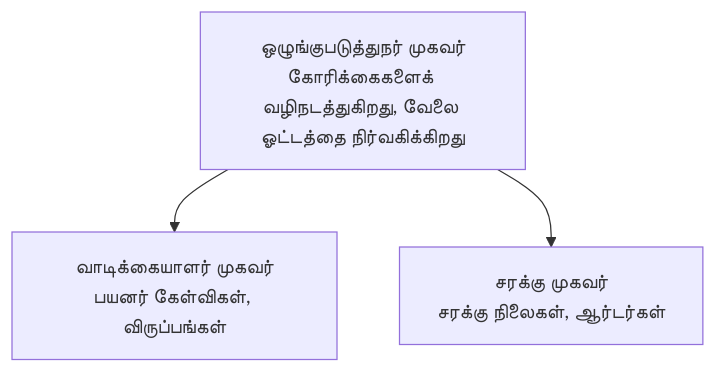
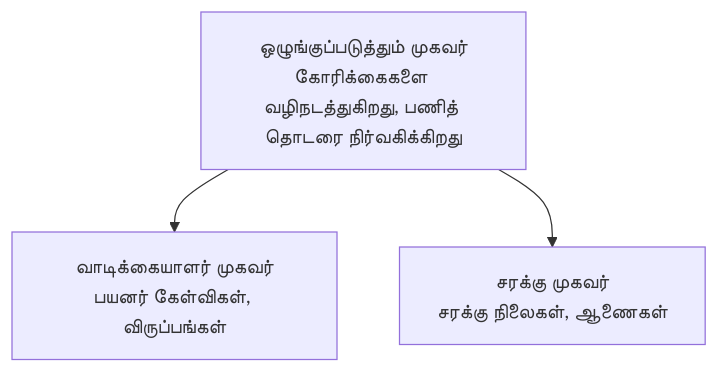
The diagram in translations/ta/docs/chapter-05-multi-agent/README.md (microsoft/AZD-for-beginners), drawn with Mermaid before and after one commit. The commit also changed other lines of this file and 104 other files, not shown here.

````diff
--- a/translations/ta/docs/chapter-05-multi-agent/README.md
+++ b/translations/ta/docs/chapter-05-multi-agent/README.md
@@ -52,5 +54,5 @@
 ```mermaid
 graph TD
-    Orchestrator[ஒழுங்குபடுத்துநர் முகவர்<br/>கோரிக்கைகளைக் வழிநடத்துகிறது, வேலை ஓட்டத்தை நிர்வகிக்கிறது] --> Customer[வாடிக்கையாளர் முகவர்<br/>பயனர் கேள்விகள், விருப்பங்கள்]
-    Orchestrator --> Inventory[சரக்கு முகவர்<br/>சரக்கு நிலைகள், ஆர்டர்கள்]
+    Orchestrator[ஒழுங்குப்படுத்தும் முகவர்<br/>கோரிக்கைகளை வழிநடத்துகிறது, பணித் தொடரை நிர்வகிக்கிறது] --> Customer[வாடிக்கையாளர் முகவர்<br/>பயனர் கேள்விகள், விருப்பங்கள்]
+    Orchestrator --> Inventory[சரக்கு முகவர்<br/>சரக்கு நிலைகள், ஆணைகள்]
 ```
````
